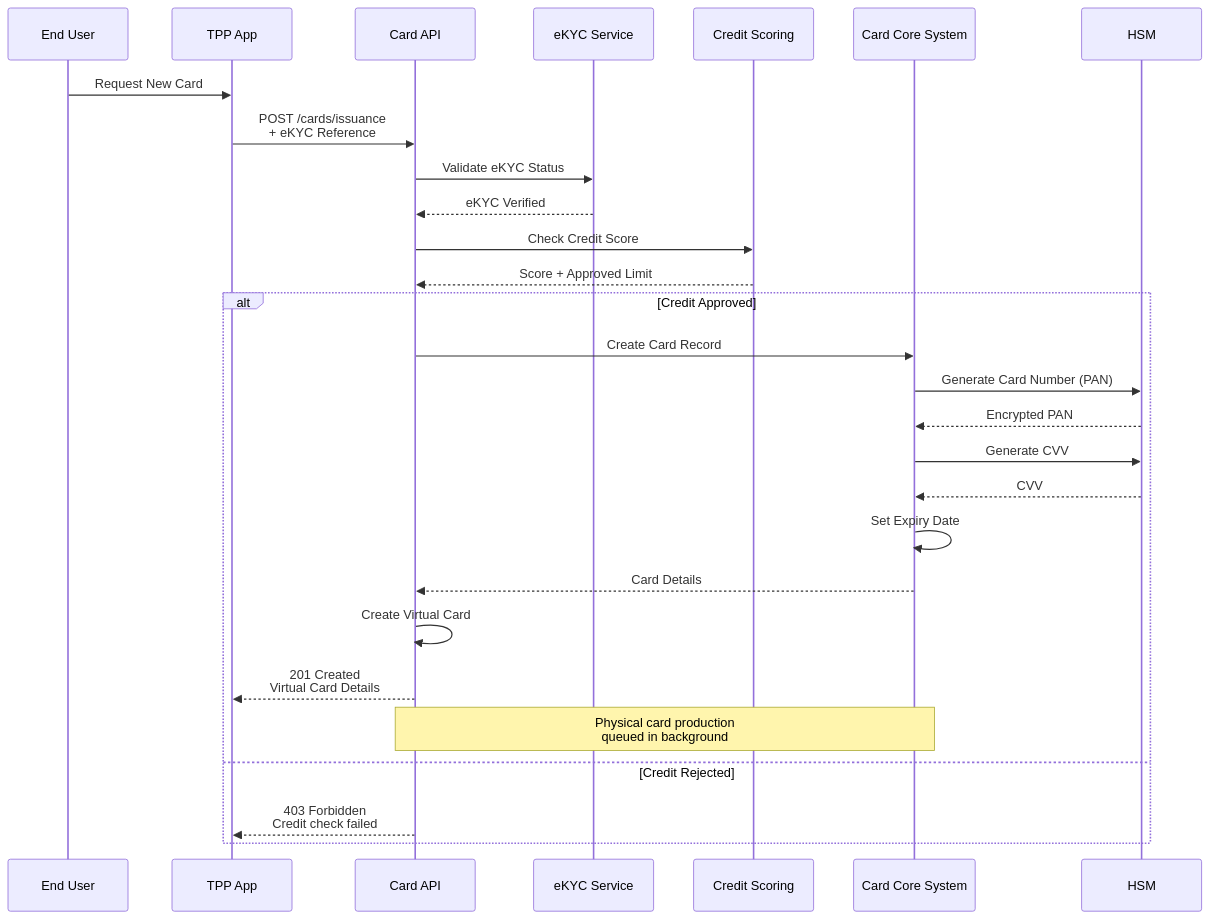
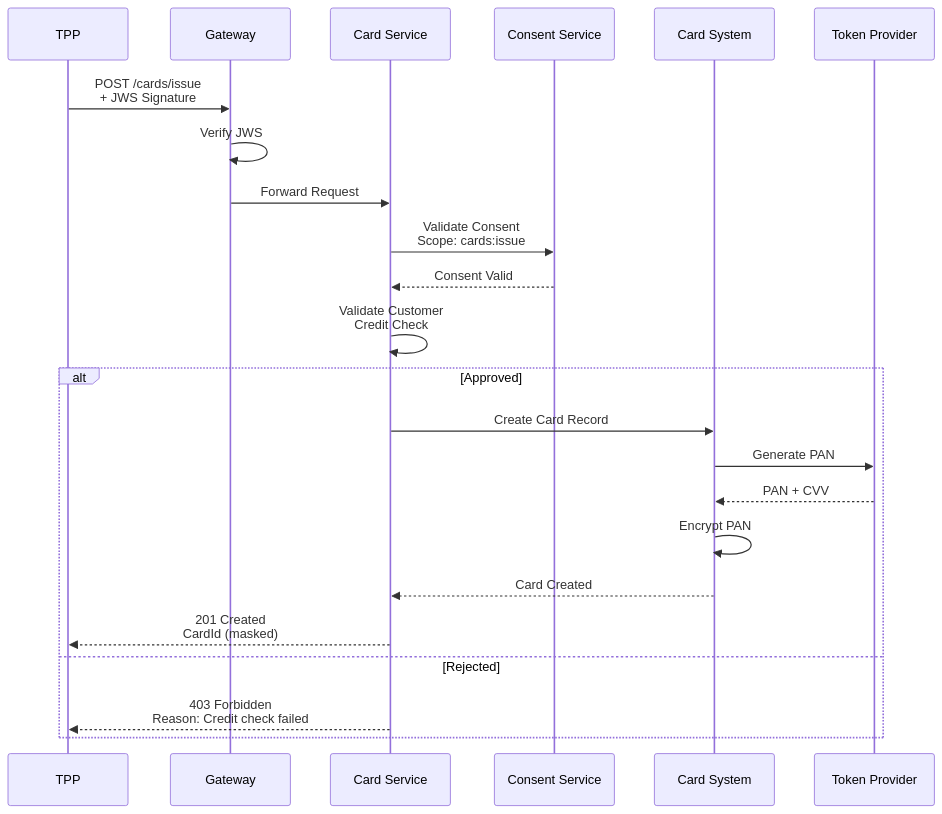
Before and after one commit to huuhoait/openbanking-vn-specs: the second of 10 diagrams in 06-Dich-vu-The-va-Tokenization.md, drawn with Mermaid. The commit also changed other lines of this file and 14 other files, not shown here.

````diff
--- a/06-Dich-vu-The-va-Tokenization.md
+++ b/06-Dich-vu-The-va-Tokenization.md
@@ -59,36 +87,29 @@
 ```mermaid
 sequenceDiagram
-    participant User as End User
-    participant TPP as TPP App
-    participant API as Card API
-    participant eKYC as eKYC Service
-    participant Credit as Credit Scoring
-    participant CardCore as Card Core System
-    participant HSM as HSM
+    participant TPP
+    participant Gateway
+    participant CardSvc as Card Service
+    participant Consent as Consent Service
+    participant CardCore as Card System
+    participant TSP as Token Provider
     
-    User->>TPP: Request New Card
-    TPP->>API: POST /cards/issuance<br/>+ eKYC Reference
+    TPP->>Gateway: POST /cards/issue<br/>+ JWS Signature
+    Gateway->>Gateway: Verify JWS
+    Gateway->>CardSvc: Forward Request
     
-    API->>eKYC: Validate eKYC Status
-    eKYC-->>API: eKYC Verified
+    CardSvc->>Consent: Validate Consent<br/>Scope: cards:issue
+    Consent-->>CardSvc: Consent Valid
     
-    API->>Credit: Check Credit Score
-    Credit-->>API: Score + Approved Limit
+    CardSvc->>CardSvc: Validate Customer<br/>Credit Check
     
-    alt Credit Approved
-        API->>CardCore: Create Card Record
-        CardCore->>HSM: Generate Card Number (PAN)
-        HSM-->>CardCore: Encrypted PAN
-        CardCore->>HSM: Generate CVV
-        HSM-->>CardCore: CVV
-        CardCore->>CardCore: Set Expiry Date
-        CardCore-->>API: Card Details
-        
-        API->>API: Create Virtual Card
-        API-->>TPP: 201 Created<br/>Virtual Card Details
-        
-        Note over API,CardCore: Physical card production<br/>queued in background
-    else Credit Rejected
-        API-->>TPP: 403 Forbidden<br/>Credit check failed
+    alt Approved
+        CardSvc->>CardCore: Create Card Record
+        CardCore->>TSP: Generate PAN
+        TSP-->>CardCore: PAN + CVV
+        CardCore->>CardCore: Encrypt PAN
+        CardCore-->>CardSvc: Card Created
+        CardSvc-->>TPP: 201 Created<br/>CardId (masked)
+    else Rejected
+        CardSvc-->>TPP: 403 Forbidden<br/>Reason: Credit check failed
     end
 ```
````
